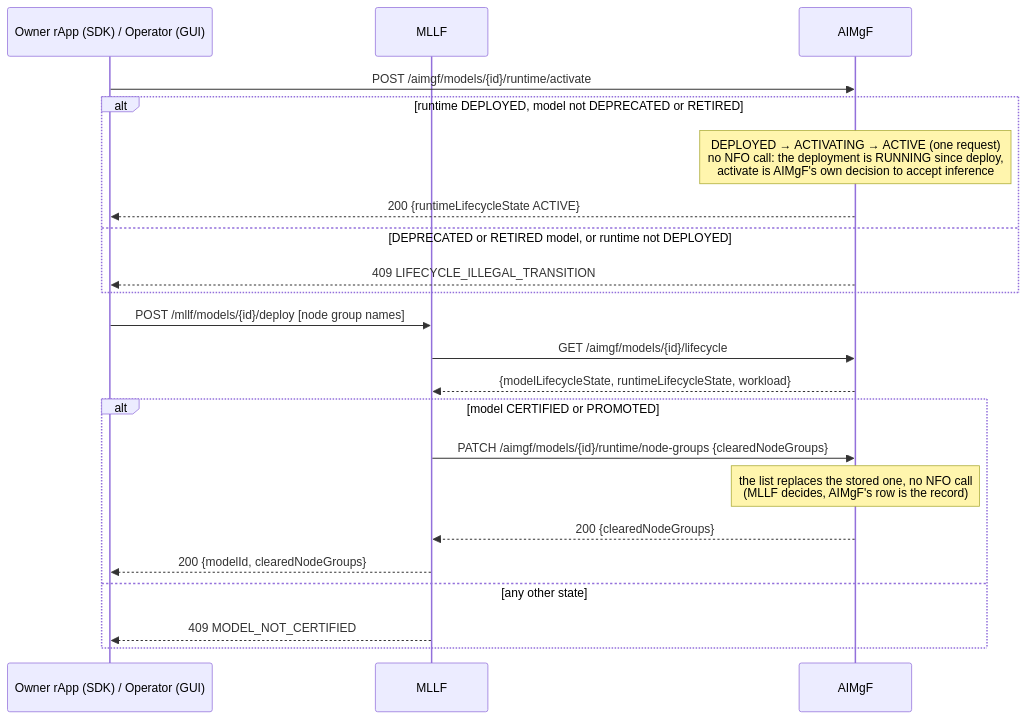
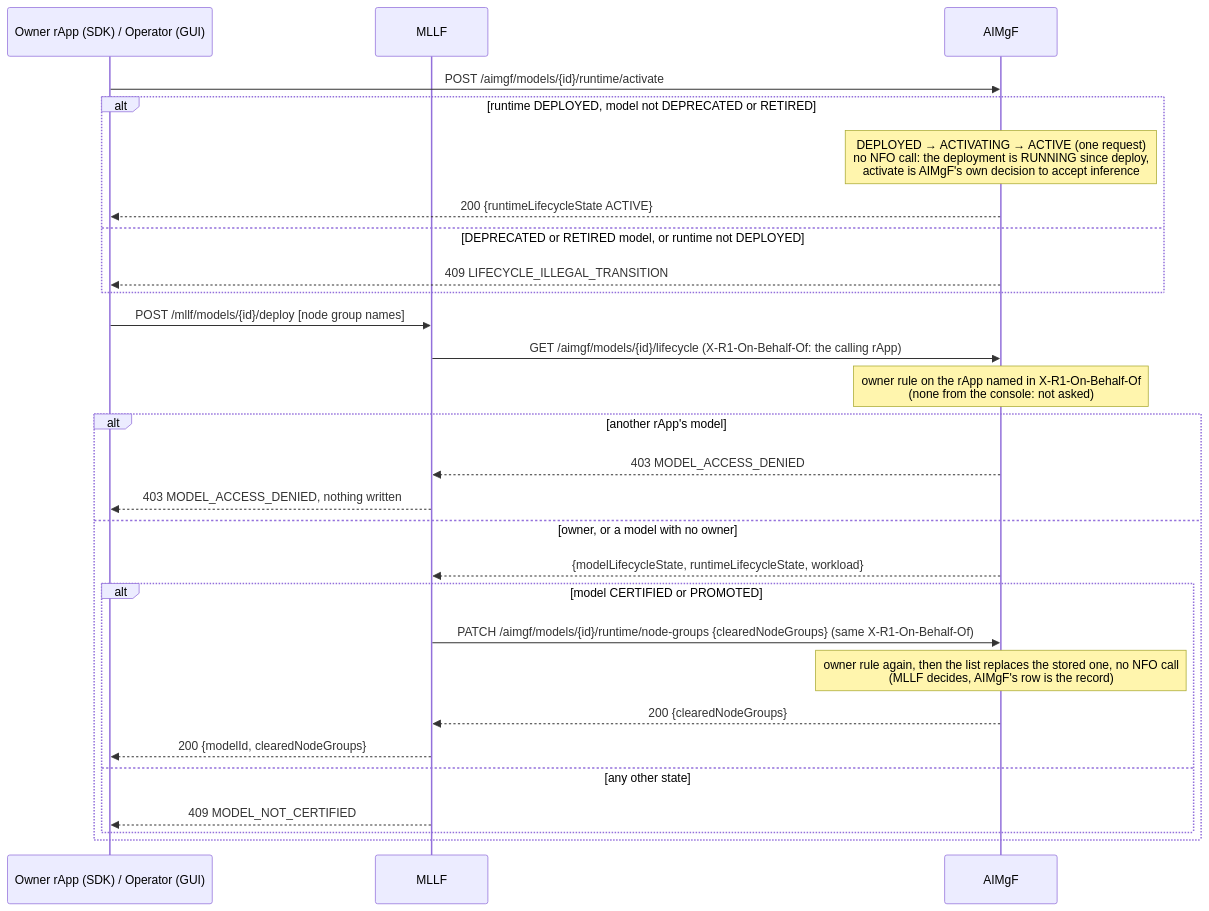
Before and after one commit to rsys-bshankar/ai-ran-smo: the second of 5 diagrams in smo/docs/call-flows/17-model-runtime-lifecycle.md, drawn with Mermaid. The commit also changed other lines of this file and 38 other files, not shown here.

First line of the commit message:
Ownership: AIMgF judges a module acting for an rApp; MDA requests are their maker's

````diff
--- a/smo/docs/call-flows/17-model-runtime-lifecycle.md
+++ b/smo/docs/call-flows/17-model-runtime-lifecycle.md
@@ -86,26 +87,32 @@
 ```mermaid
 sequenceDiagram
     participant C as Owner rApp (SDK) / Operator (GUI)
     participant MLLF as MLLF
     participant AIM as AIMgF
 
     C->>AIM: POST /aimgf/models/{id}/runtime/activate
     alt runtime DEPLOYED, model not DEPRECATED or RETIRED
         Note over AIM: DEPLOYED → ACTIVATING → ACTIVE (one request)<br/>no NFO call: the deployment is RUNNING since deploy,<br/>activate is AIMgF's own decision to accept inference
         AIM-->>C: 200 {runtimeLifecycleState ACTIVE}
     else DEPRECATED or RETIRED model, or runtime not DEPLOYED
         AIM-->>C: 409 LIFECYCLE_ILLEGAL_TRANSITION
     end
 
     C->>MLLF: POST /mllf/models/{id}/deploy [node group names]
-    MLLF->>AIM: GET /aimgf/models/{id}/lifecycle
-    AIM-->>MLLF: {modelLifecycleState, runtimeLifecycleState, workload}
-    alt model CERTIFIED or PROMOTED
-        MLLF->>AIM: PATCH /aimgf/models/{id}/runtime/node-groups {clearedNodeGroups}
-        Note over AIM: the list replaces the stored one, no NFO call<br/>(MLLF decides, AIMgF's row is the record)
-        AIM-->>MLLF: 200 {clearedNodeGroups}
-        MLLF-->>C: 200 {modelId, clearedNodeGroups}
-    else any other state
-        MLLF-->>C: 409 MODEL_NOT_CERTIFIED
+    MLLF->>AIM: GET /aimgf/models/{id}/lifecycle (X-R1-On-Behalf-Of: the calling rApp)
+    Note over AIM: owner rule on the rApp named in X-R1-On-Behalf-Of<br/>(none from the console: not asked)
+    alt another rApp's model
+        AIM-->>MLLF: 403 MODEL_ACCESS_DENIED
+        MLLF-->>C: 403 MODEL_ACCESS_DENIED, nothing written
+    else owner, or a model with no owner
+        AIM-->>MLLF: {modelLifecycleState, runtimeLifecycleState, workload}
+        alt model CERTIFIED or PROMOTED
+            MLLF->>AIM: PATCH /aimgf/models/{id}/runtime/node-groups {clearedNodeGroups} (same X-R1-On-Behalf-Of)
+            Note over AIM: owner rule again, then the list replaces the stored one, no NFO call<br/>(MLLF decides, AIMgF's row is the record)
+            AIM-->>MLLF: 200 {clearedNodeGroups}
+            MLLF-->>C: 200 {modelId, clearedNodeGroups}
+        else any other state
+            MLLF-->>C: 409 MODEL_NOT_CERTIFIED
+        end
     end
 ```
````
